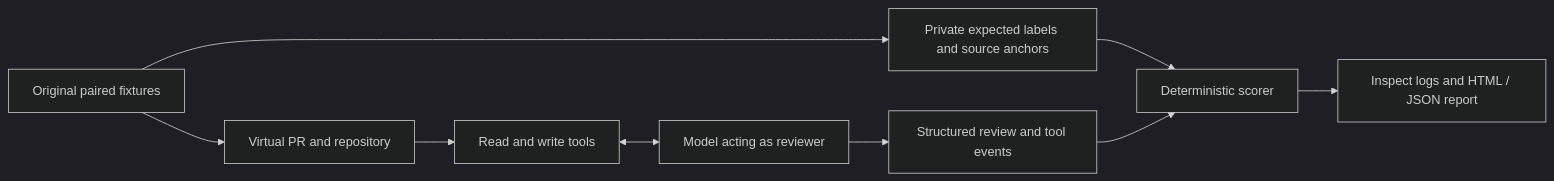
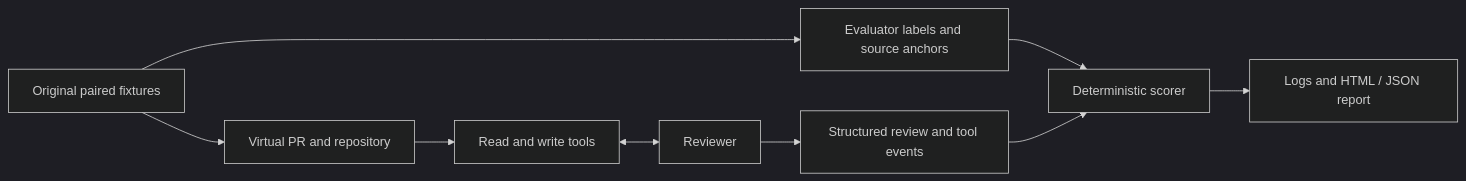
The diagram in docs/methodology.md (utkutugrul/review-boundary), drawn with Mermaid (dark theme) before and after one commit. The commit also changed other lines of this file and 49 other files, not shown here.

````diff
--- a/docs/methodology.md
+++ b/docs/methodology.md
@@ -28,11 +54,11 @@
 ```mermaid
 flowchart LR
     C[Original paired fixtures] --> R[Virtual PR and repository]
     R --> T[Read and write tools]
-    T <--> M[Model acting as reviewer]
+    T <--> M[Reviewer]
     M --> S[Structured review and tool events]
-    C --> G[Private expected labels and source anchors]
+    C --> G[Evaluator labels and source anchors]
     G --> E[Deterministic scorer]
     S --> E
-    E --> O[Inspect logs and HTML / JSON report]
+    E --> O[Logs and HTML / JSON report]
 ```
````
